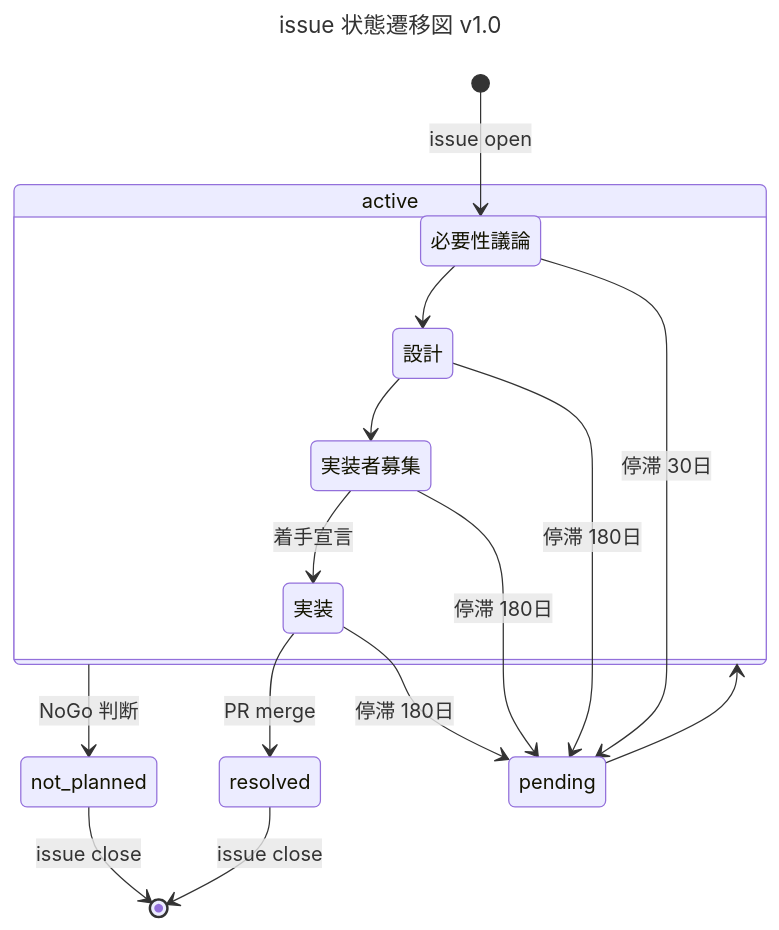
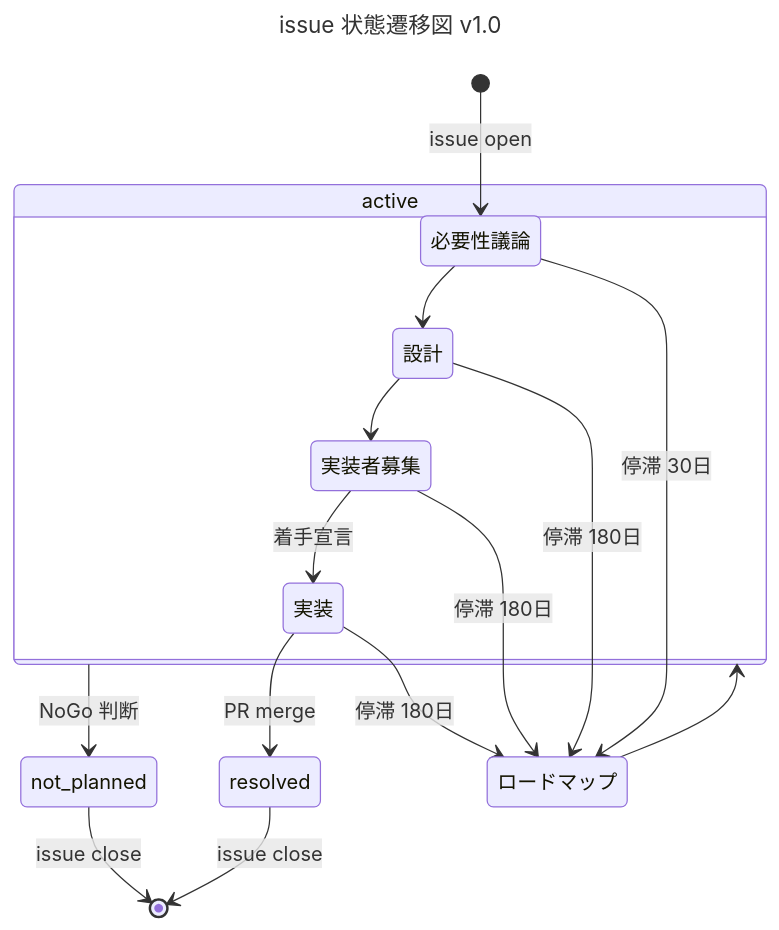
Before and after one commit to VOICEVOX/voicevox_engine: the diagram in CONTRIBUTING.md, drawn with Mermaid.

Commit message:
fix: pending をロードマップに変更

````diff
--- a/CONTRIBUTING.md
+++ b/CONTRIBUTING.md
@@ -238,21 +238,21 @@
 ```mermaid
 ---
 title: issue 状態遷移図 v1.0
 ---
 stateDiagram-v2
     [*]     --> 必要性議論 : issue open
     state active {
       必要性議論 --> 設計
       設計       --> 実装者募集
       実装者募集 --> 実装 : 着手宣言
     }
-    active      --> not_planned : NoGo 判断
-    not_planned --> [*]         : issue close
-    実装        --> resolved    : PR merge
-    resolved    --> [*]         : issue close
-    pending     --> active
-    実装        --> pending     : 停滞 180日 
-    実装者募集   --> pending     : 停滞 180日 
-    設計         --> pending    : 停滞 180日
-    必要性議論   --> pending     : 停滞 30日
+    active      --> not_planned  : NoGo 判断
+    not_planned --> [*]          : issue close
+    実装        --> resolved     : PR merge
+    resolved    --> [*]          : issue close
+    ロードマップ --> active
+    実装        --> ロードマップ  : 停滞 180日 
+    実装者募集   --> ロードマップ  : 停滞 180日 
+    設計         --> ロードマップ : 停滞 180日
+    必要性議論   --> ロードマップ  : 停滞 30日
 ```
````
